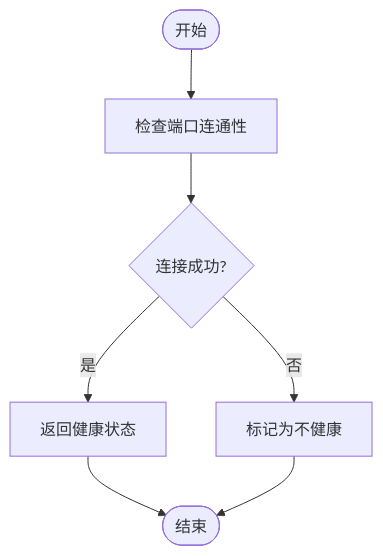
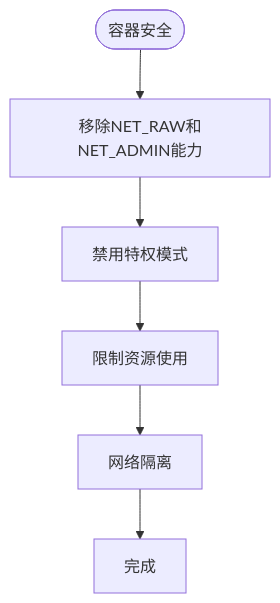
The tenth of 18 diagrams in .qoder/repowiki/zh/content/故障排除/故障排除.md (nuwax-ai/rcoder), drawn with Mermaid before and after one commit. The commit also changed other lines of this file and 185 other files, not shown here.

````diff
--- a/.qoder/repowiki/zh/content/故障排除/故障排除.md
+++ b/.qoder/repowiki/zh/content/故障排除/故障排除.md
@@ -104,9 +322,8 @@
 ```mermaid
 flowchart TD
-Start([开始]) --> CheckPort["检查端口连通性"]
-CheckPort --> IsConnected{"连接成功?"}
-IsConnected --> |是| Success["返回健康状态"]
-IsConnected --> |否| Fail["标记为不健康"]
-Success --> End([结束])
-Fail --> End
+Start([容器安全]) --> DropCapabilities["移除NET_RAW和NET_ADMIN能力"]
+DropCapabilities --> DisablePrivileged["禁用特权模式"]
+DisablePrivileged --> LimitResources["限制资源使用"]
+LimitResources --> NetworkIsolation["网络隔离"]
+NetworkIsolation --> Complete["完成"]
 ```
````
